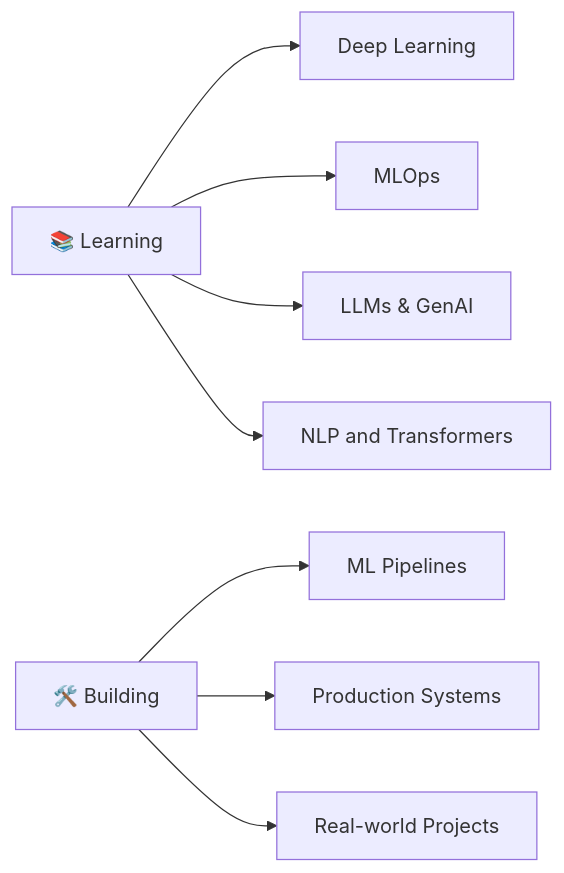
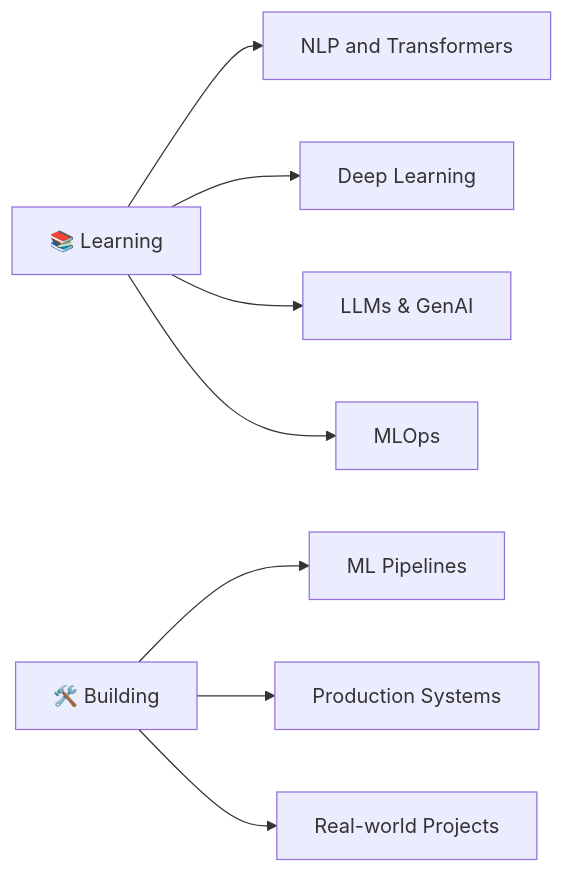
The diagram in README.md (Saumyajain0003/Saumyajain0003), drawn with Mermaid before and after one commit.

Commit message:
Update learning topics in README.md

````diff
--- a/README.md
+++ b/README.md
@@ -105,10 +105,10 @@
 ```mermaid
 graph LR
-    A[📚 Learning] --> B[Deep Learning]
-    A --> C[MLOps]
+    A[📚 Learning] --> B[NLP and Transformers]
+    A --> C[Deep Learning]
     A --> D[LLMs & GenAI]
-    A --> I[NLP and Transformers]
+    A --> I[MLOps]
     E[🛠️ Building] --> F[ML Pipelines]
     E --> G[Production Systems]
     E --> H[Real-world Projects]
 ```
````
